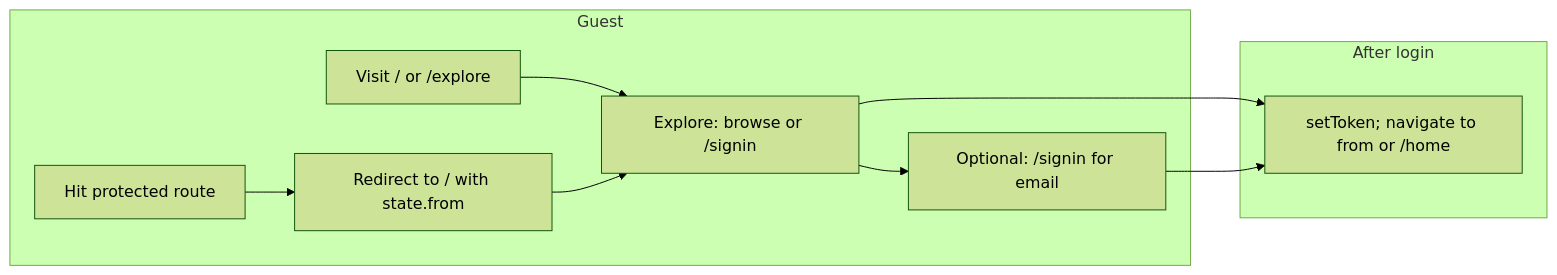
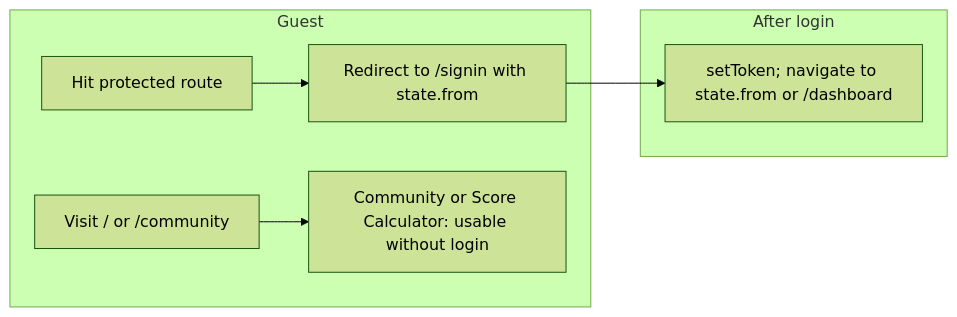
The diagram in FRONTEND_DESIGN.md (HimanshuVermaG/Edura-Notes), drawn with Mermaid (forest theme) before and after one commit. The commit also changed other lines of this file and 44 other files, not shown here.

````diff
--- a/FRONTEND_DESIGN.md
+++ b/FRONTEND_DESIGN.md
@@ -107,19 +109,15 @@
 ```mermaid
 flowchart LR
   subgraph guest [Guest]
-    A["Visit / or /explore"]
+    A["Visit / or /community"]
     B["Hit protected route"]
-    C["Redirect to / with state.from"]
-    D["Explore: browse or /signin"]
-    E["Optional: /signin for email"]
+    C["Redirect to /signin with state.from"]
+    D["Community or Score Calculator: usable without login"]
   end
   subgraph login [After login]
-    F["setToken; navigate to from or /home"]
+    E["setToken; navigate to state.from or /dashboard"]
   end
   A --> D
   B --> C
-  C --> D
-  D --> E
-  D --> F
-  E --> F
+  C --> E
 ```
````
